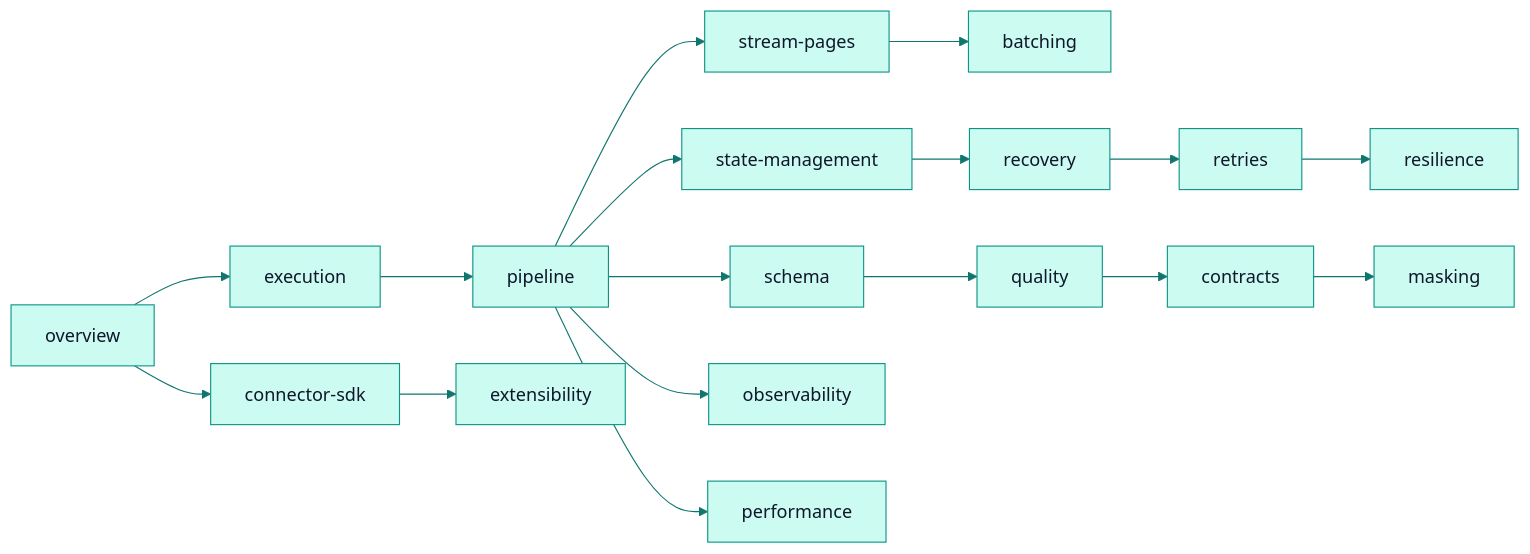
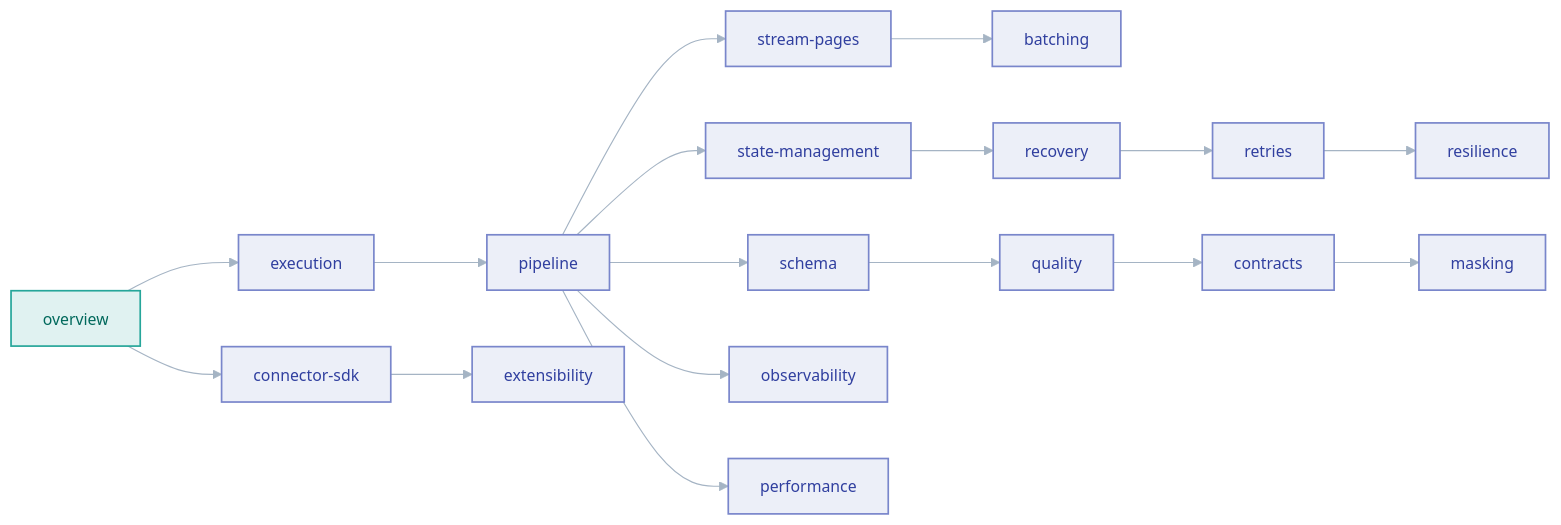
Before and after one commit to PawanSikawat/faucet-stream: the diagram in docs/architecture/README.md, drawn with Mermaid. The commit also changed 28 other files, not shown here.

First line of the commit message:
docs: upgrade Mermaid diagrams to V2 role-coded style

````diff
--- a/docs/architecture/README.md
+++ b/docs/architecture/README.md
@@ -44,20 +44,24 @@
 ```mermaid
-%%{init: {'theme':'base','themeVariables':{'primaryColor':'#ccfbf1','primaryTextColor':'#0f172a','primaryBorderColor':'#0d9488','lineColor':'#0f766e','secondaryColor':'#e0f2fe','tertiaryColor':'#f0fdfa','fontFamily':'-apple-system,BlinkMacSystemFont,Segoe UI,sans-serif'}}}%%
+%%{init: {'theme':'base','flowchart':{'curve':'basis','nodeSpacing':50,'rankSpacing':72,'padding':14},'themeVariables':{'fontFamily':'-apple-system,BlinkMacSystemFont,Segoe UI,sans-serif','fontSize':'14px','lineColor':'#a5b4c4','clusterBkg':'#f8fafc','clusterBorder':'#e2e8f0'}}}%%
 flowchart LR
     OV[overview] --> EX[execution]
     EX --> PL[pipeline]
     PL --> SP[stream-pages]
     SP --> BT[batching]
     PL --> ST[state-management]
     ST --> RC[recovery]
     RC --> RT[retries]
     RT --> RS[resilience]
     PL --> SC[schema]
     SC --> QL[quality]
     QL --> CT[contracts]
     CT --> MK[masking]
     PL --> OB[observability]
     OV --> CS[connector-sdk]
     CS --> EXT[extensibility]
     PL --> PF[performance]
+    classDef src fill:#e0f2f1,stroke:#26a69a,stroke-width:1.5px,color:#00695c
+    classDef proc fill:#eceff8,stroke:#7986cb,stroke-width:1.5px,color:#303f9f
+    class OV src
+    class EX,PL,SP,BT,ST,RC,RT,RS,SC,QL,CT,MK,OB,CS,EXT,PF proc
 ```
````
